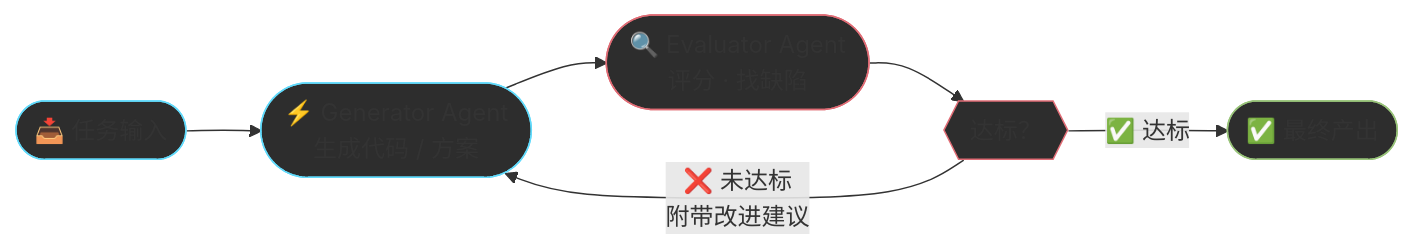
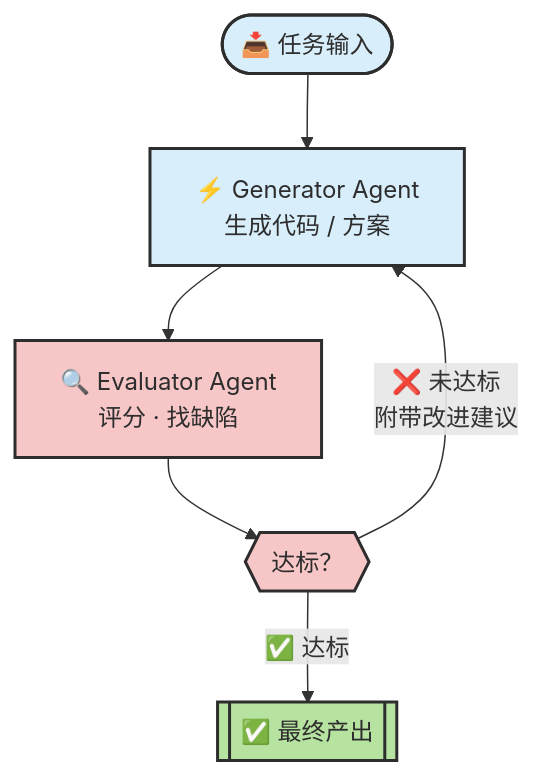
The second of 10 diagrams in docs/chapters/ch11-design-patterns.md (zht043/AgenticCodingTutorial), drawn with Mermaid before and after one commit. The commit also changed other lines of this file and 26 other files, not shown here.

````diff
--- a/docs/chapters/ch11-design-patterns.md
+++ b/docs/chapters/ch11-design-patterns.md
@@ -91,18 +101,18 @@
 ```mermaid
-flowchart LR
-    classDef gen fill:#2d2d2d,stroke:#61dafb
-    classDef eval fill:#2d2d2d,stroke:#e06c75
-    classDef out fill:#2d2d2d,stroke:#98c379
+flowchart TD
+    classDef gen fill:#d8eefb,stroke:#2d2d2d,stroke-width:2px,color:#2d2d2d
+    classDef eval fill:#f7c6c7,stroke:#2d2d2d,stroke-width:2px,color:#2d2d2d
+    classDef out fill:#b7e3a1,stroke:#2d2d2d,stroke-width:2px,color:#2d2d2d
 
     Input(["📥 任务输入"]):::gen
-    Gen(["⚡ Generator Agent<br/>生成代码 / 方案"]):::gen
-    Eval(["🔍 Evaluator Agent<br/>评分 · 找缺陷"]):::eval
+    Gen["⚡ Generator Agent<br/>生成代码 / 方案"]:::gen
+    Eval["🔍 Evaluator Agent<br/>评分 · 找缺陷"]:::eval
     Decision{{"达标？"}}:::eval
-    Output(["✅ 最终产出"]):::out
+    Output[["✅ 最终产出"]]:::out
 
     Input --> Gen
     Gen --> Eval
     Eval --> Decision
     Decision -->|"❌ 未达标<br/>附带改进建议"| Gen
     Decision -->|"✅ 达标"| Output
 ```
````
